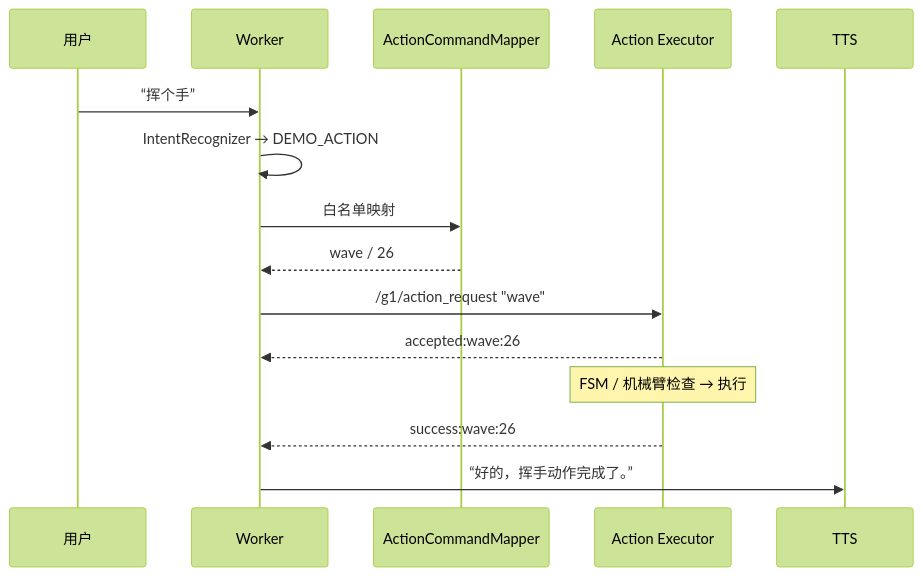
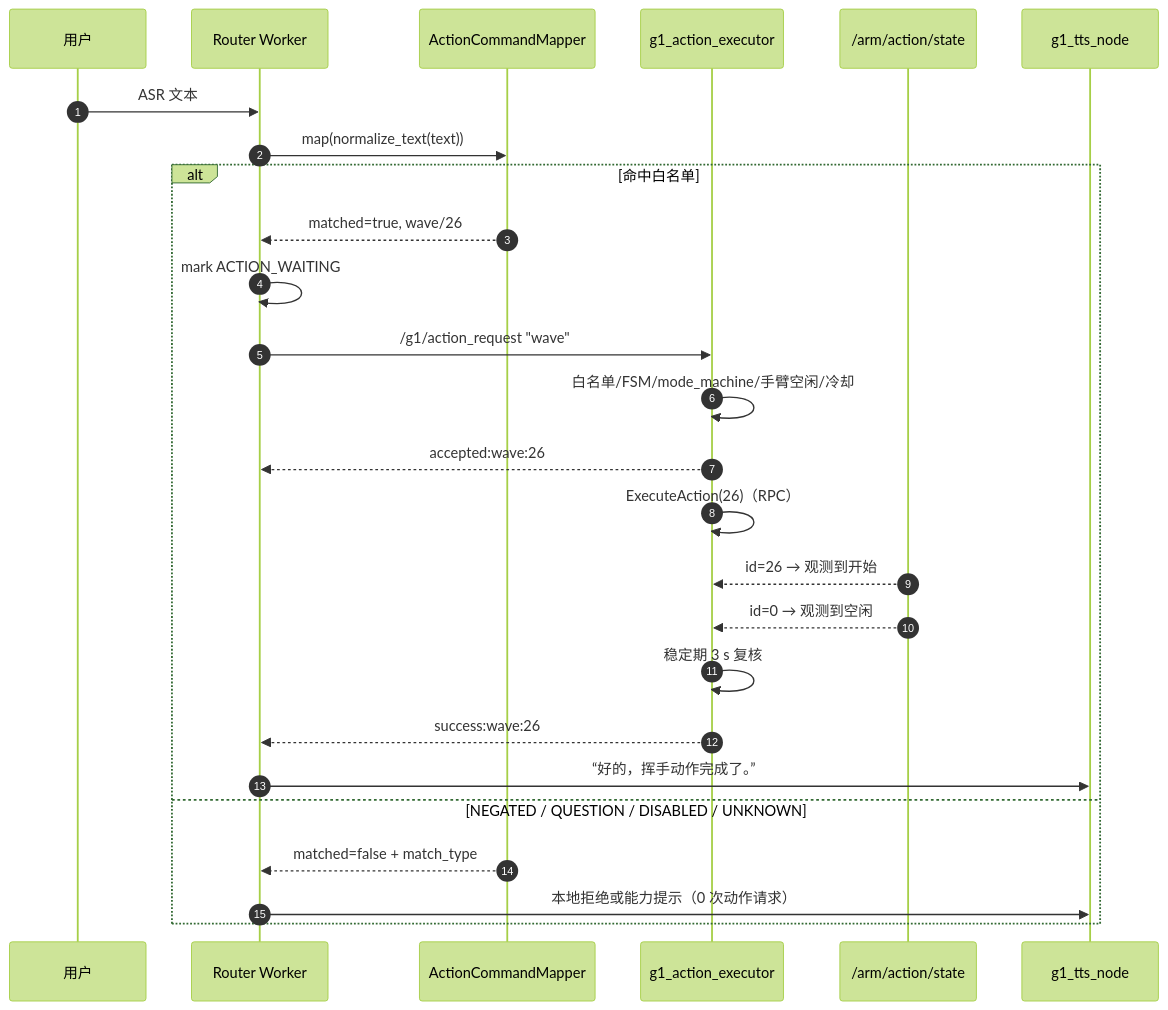
One commit to CJWDDHCSJ/g1_dev changed the fourth of 4 diagrams in releases/G1-EDU-Smart-Reception-V1.0/docs/architecture/interaction_sequence.md. Above: the diagram before and after it, drawn with Mermaid (forest theme). The commit also changed other lines of this file and 51 other files, not shown here.

````diff
--- a/releases/G1-EDU-Smart-Reception-V1.0/docs/architecture/interaction_sequence.md
+++ b/releases/G1-EDU-Smart-Reception-V1.0/docs/architecture/interaction_sequence.md
@@ -61,17 +125,29 @@
 ```mermaid
 sequenceDiagram
+    autonumber
     participant U as 用户
-    participant W as Worker
+    participant R as Router Worker
     participant M as ActionCommandMapper
-    participant X as Action Executor
-    participant T as TTS
-    U->>W: “挥个手”
-    W->>W: IntentRecognizer → DEMO_ACTION
-    W->>M: 白名单映射
-    M-->>W: wave / 26
-    W->>X: /g1/action_request "wave"
-    X-->>W: accepted:wave:26
-    Note over X: FSM / 机械臂检查 → 执行
-    X-->>W: success:wave:26
-    W->>T: “好的，挥手动作完成了。”
+    participant X as g1_action_executor
+    participant A as /arm/action/state
+    participant T as g1_tts_node
+
+    U->>R: ASR 文本
+    R->>M: map(normalize_text(text))
+    alt 命中白名单
+        M-->>R: matched=true, wave/26
+        R->>R: mark ACTION_WAITING
+        R->>X: /g1/action_request "wave"
+        X->>X: 白名单/FSM/mode_machine/手臂空闲/冷却
+        X-->>R: accepted:wave:26
+        X->>X: ExecuteAction(26)（RPC）
+        A-->>X: id=26 → 观测到开始
+        A-->>X: id=0 → 观测到空闲
+        X->>X: 稳定期 3 s 复核
+        X-->>R: success:wave:26
+        R->>T: “好的，挥手动作完成了。”
+    else NEGATED / QUESTION / DISABLED / UNKNOWN
+        M-->>R: matched=false + match_type
+        R->>T: 本地拒绝或能力提示（0 次动作请求）
+    end
 ```
````
